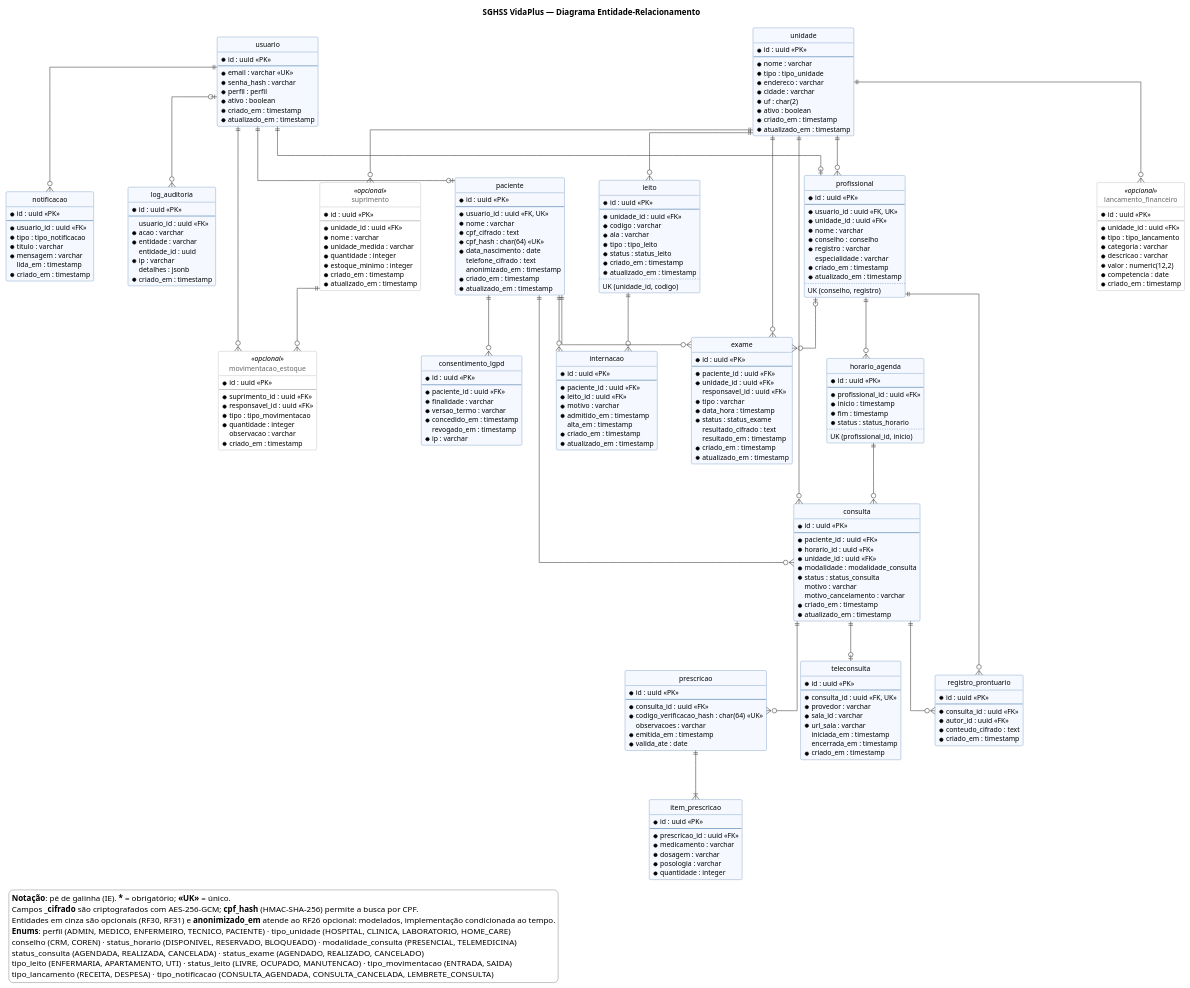
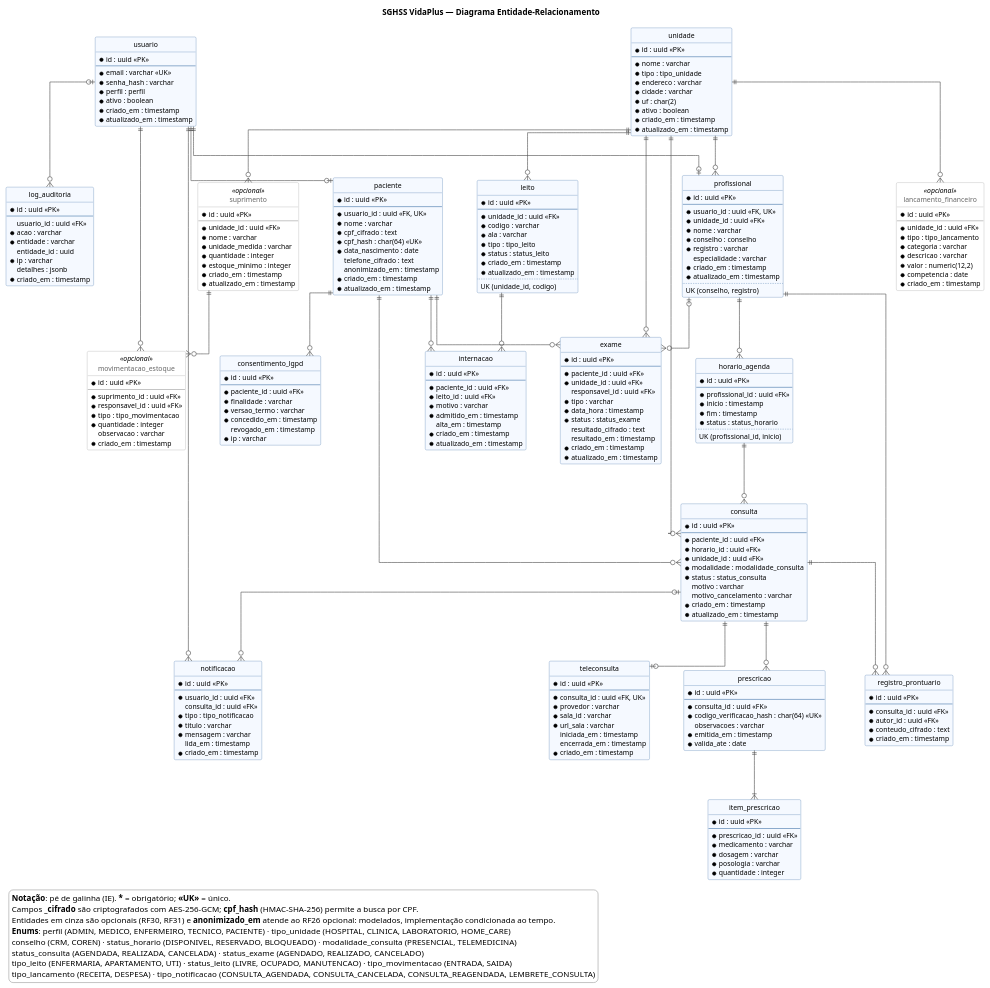
The diagram in docs/diagramas/der.puml (JlucasFaria/sghss-api), drawn with PlantUML before and after one commit. The commit also changed 11 other files, not shown here.

```diff
--- a/docs/diagramas/der.puml
+++ b/docs/diagramas/der.puml
@@ -228,6 +228,7 @@
   * id : uuid <<PK>>
   --
   * usuario_id : uuid <<FK>>
+    consulta_id : uuid <<FK>>
   * tipo : tipo_notificacao
   * titulo : varchar
   * mensagem : varchar
@@ -285,6 +286,7 @@
 consulta ||--o| teleconsulta
 consulta ||--o{ registro
 consulta ||--o{ prescricao
+consulta |o--o{ notificacao
 prescricao ||--|{ item
 
 leito ||--o{ internacao
@@ -298,7 +300,7 @@
   conselho (CRM, COREN) · status_horario (DISPONIVEL, RESERVADO, BLOQUEADO) · modalidade_consulta (PRESENCIAL, TELEMEDICINA)
   status_consulta (AGENDADA, REALIZADA, CANCELADA) · status_exame (AGENDADO, REALIZADO, CANCELADO)
   tipo_leito (ENFERMARIA, APARTAMENTO, UTI) · status_leito (LIVRE, OCUPADO, MANUTENCAO) · tipo_movimentacao (ENTRADA, SAIDA)
-  tipo_lancamento (RECEITA, DESPESA) · tipo_notificacao (CONSULTA_AGENDADA, CONSULTA_CANCELADA, LEMBRETE_CONSULTA)
+  tipo_lancamento (RECEITA, DESPESA) · tipo_notificacao (CONSULTA_AGENDADA, CONSULTA_CANCELADA, CONSULTA_REAGENDADA, LEMBRETE_CONSULTA)
 endlegend
 
 @enduml
```
